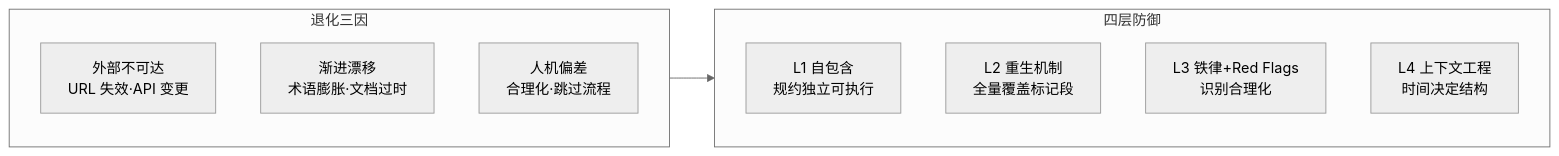
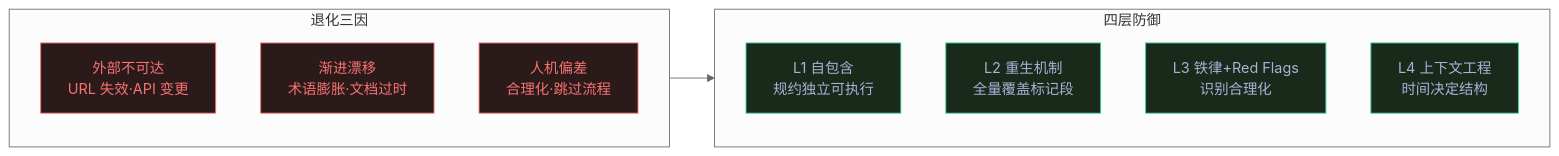
One commit to effiy/YrY changed the second of 2 diagrams in CLAUDE.md. Above: the diagram before and after it, drawn with Mermaid (neutral theme). The commit also changed other lines of this file and 42 other files, not shown here.

First line of the commit message:
feat: apply Mermaid authoring rules (M1-M12) across entire codebase

````diff
--- a/CLAUDE.md
+++ b/CLAUDE.md
@@ -71,15 +79,20 @@
 ```mermaid
 flowchart LR
     subgraph 退化["退化三因"]
+        direction TB
         D1["外部不可达<br/>URL 失效·API 变更"]:::risk
         D2["渐进漂移<br/>术语膨胀·文档过时"]:::risk
         D3["人机偏差<br/>合理化·跳过流程"]:::risk
     end
     subgraph 对策["四层防御"]
+        direction TB
         L1["L1 自包含<br/>规约独立可执行"]:::def
         L2["L2 重生机制<br/>全量覆盖标记段"]:::def
         L3["L3 铁律+Red Flags<br/>识别合理化"]:::def
         L4["L4 上下文工程<br/>时间决定结构"]:::def
     end
     退化 --> 对策
+
+    classDef risk fill:#2a1a1a,stroke:#f87171,color:#f87171
+    classDef def fill:#1a2a1a,stroke:#34d399,color:#a9b1d6
 ```
````
